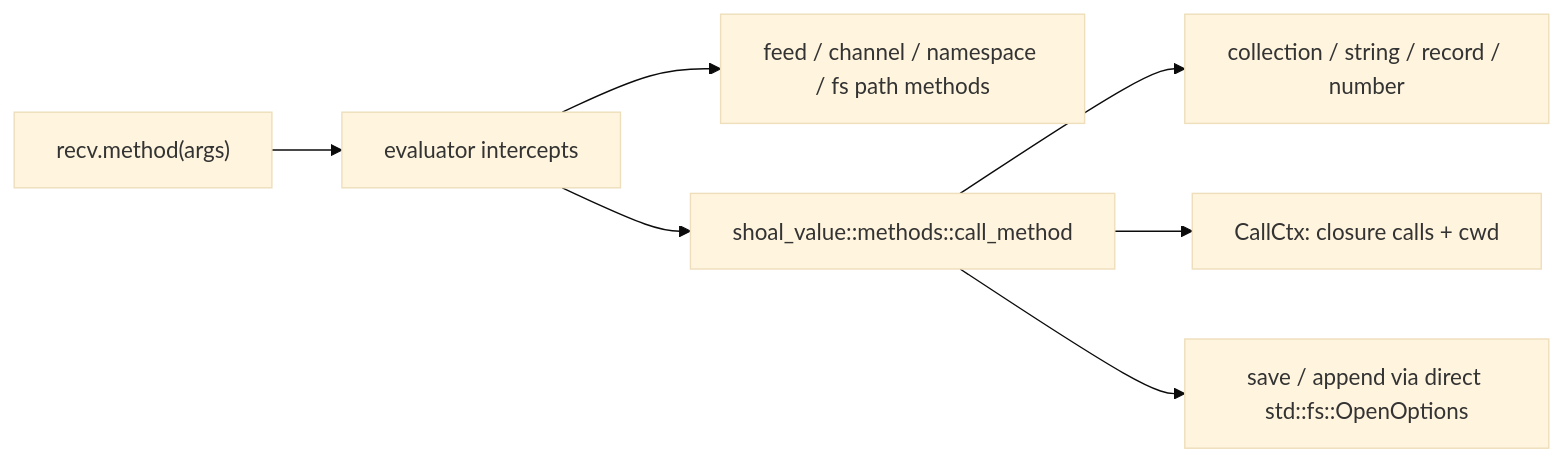
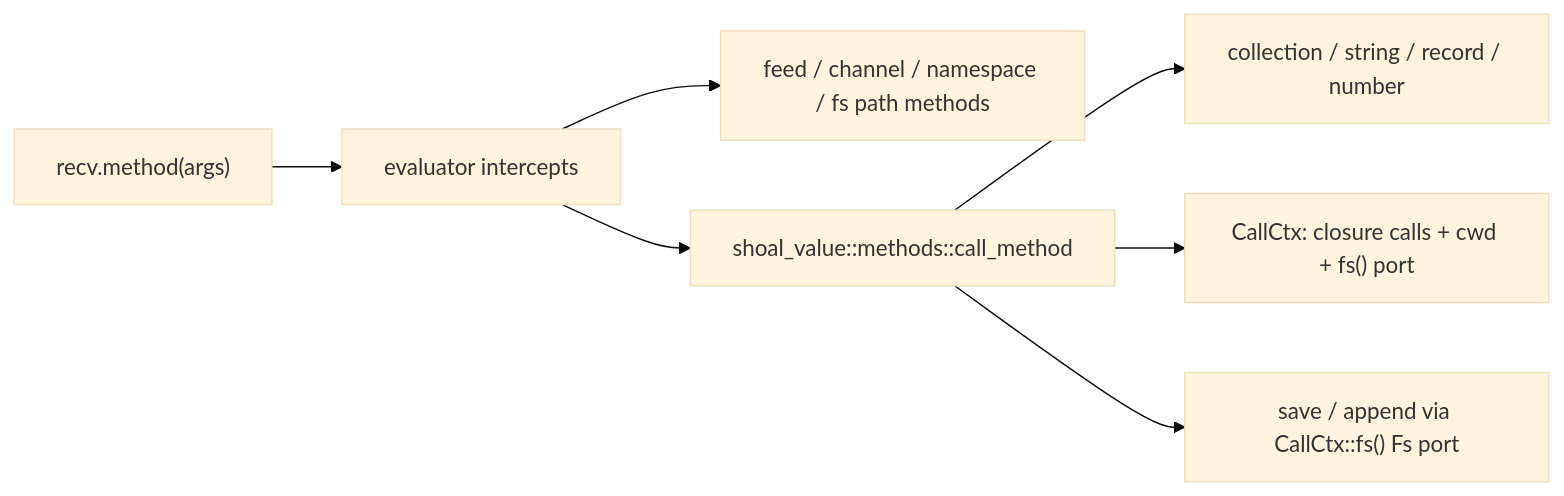
One commit to alliecatowo/shoal changed the first of 2 diagrams in site/content/internals/value-method-dispatch.md. Above: the diagram before and after it, drawn with Mermaid (base theme). The commit also changed other lines of this file and 7 other files, not shown here.

````diff
--- a/site/content/internals/value-method-dispatch.md
+++ b/site/content/internals/value-method-dispatch.md
@@ -35,11 +40,11 @@
 ```mermaid
 flowchart LR
 accTitle: Capability boundary
 accDescr: Shows the components and relationships described in Capability boundary.
   AST["recv.method(args)"] --> Eval["evaluator intercepts"]
   Eval --> Feed["feed / channel / namespace / fs path methods"]
   Eval --> Core["shoal_value::methods::call_method"]
   Core --> Pure["collection / string / record / number"]
-  Core --> Ctx["CallCtx: closure calls + cwd"]
-  Core --> Effects["save / append via direct std::fs::OpenOptions"]
+  Core --> Ctx["CallCtx: closure calls + cwd + fs() port"]
+  Core --> Effects["save / append via CallCtx::fs() Fs port"]
 ```
````
